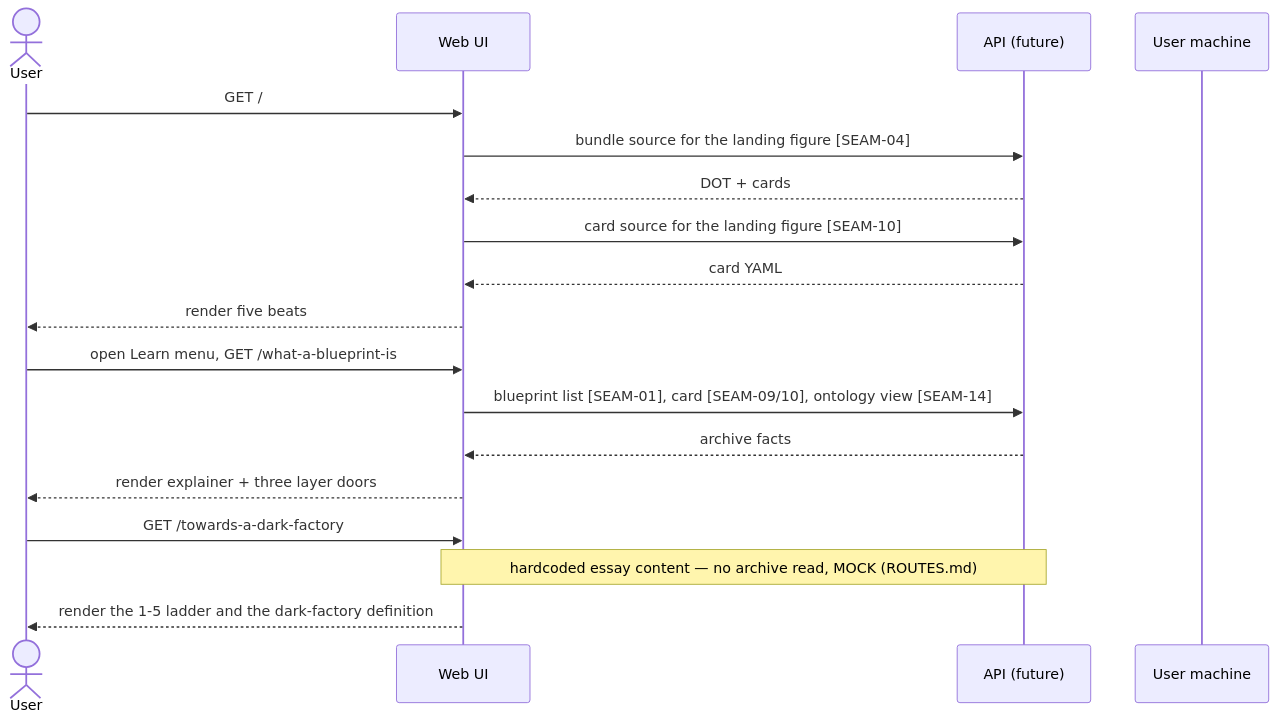
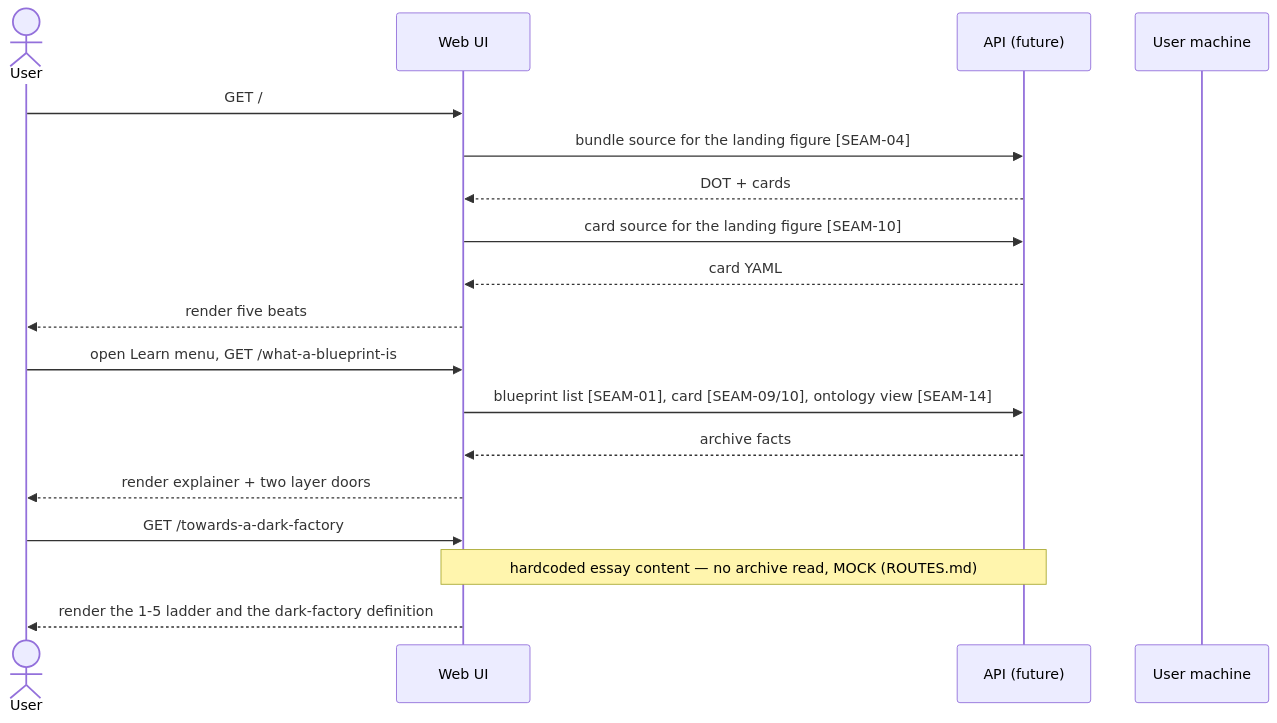
Before and after one commit to darkprint/darkprint: the second of 14 diagrams in docs/architecture/journeys.md, drawn with Mermaid. The commit also changed other lines of this file and 41 other files, not shown here.

````diff
--- a/docs/architecture/journeys.md
+++ b/docs/architecture/journeys.md
@@ -45,21 +53,21 @@
 ```mermaid
 sequenceDiagram
   actor User
   participant WebUI as Web UI
   participant API as API (future)
   participant Machine as User machine
 
   User->>WebUI: GET /
   WebUI->>API: bundle source for the landing figure [SEAM-04]
   API-->>WebUI: DOT + cards
   WebUI->>API: card source for the landing figure [SEAM-10]
   API-->>WebUI: card YAML
   WebUI-->>User: render five beats
   User->>WebUI: open Learn menu, GET /what-a-blueprint-is
   WebUI->>API: blueprint list [SEAM-01], card [SEAM-09/10], ontology view [SEAM-14]
   API-->>WebUI: archive facts
-  WebUI-->>User: render explainer + three layer doors
+  WebUI-->>User: render explainer + two layer doors
   User->>WebUI: GET /towards-a-dark-factory
   Note over WebUI,API: hardcoded essay content — no archive read, MOCK (ROUTES.md)
   WebUI-->>User: render the 1-5 ladder and the dark-factory definition
 ```
````
